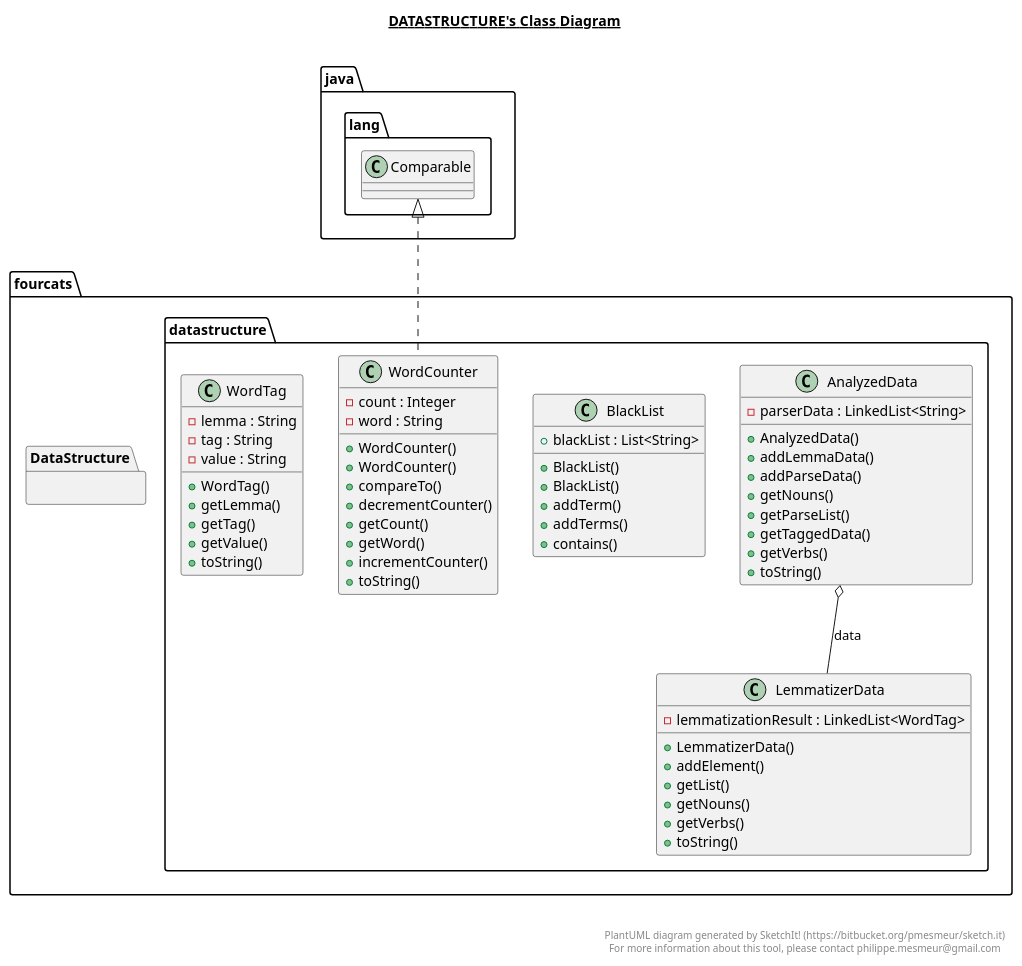
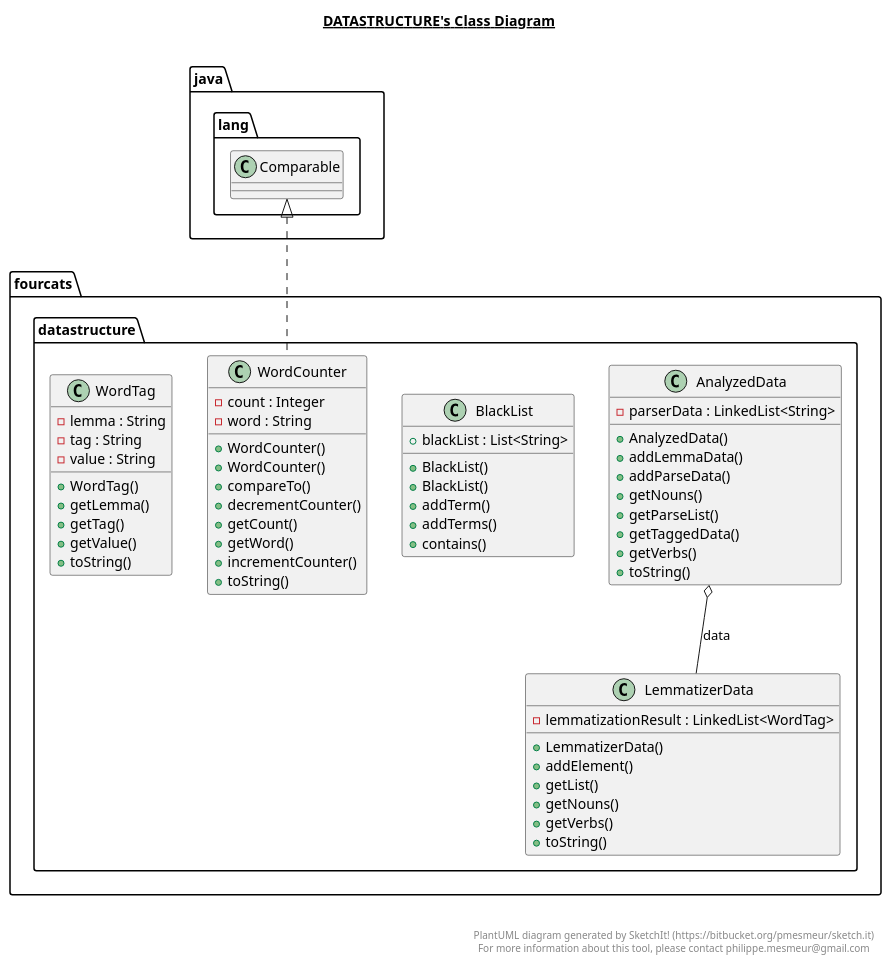
The diagram in NaturalAPI_Design/src/main/java/fourcats/datastructure/DataStructure.plantuml (fourcatsteam/NaturalAPI), drawn with PlantUML before and after one commit. The commit also changed 22 other files, not shown here.

```diff
--- a/NaturalAPI_Design/src/main/java/fourcats/datastructure/DataStructure.plantuml
+++ b/NaturalAPI_Design/src/main/java/fourcats/datastructure/DataStructure.plantuml
@@ -1,96 +1,96 @@
 @startuml
 
 title __DATASTRUCTURE's Class Diagram__\n
 
   namespace fourcats {
-    namespace DataStructure {
+    namespace datastructure {
       class fourcats.datastructure.AnalyzedData {
           - parserData : LinkedList<String>
           + AnalyzedData()
           + addLemmaData()
           + addParseData()
           + getNouns()
           + getParseList()
           + getTaggedData()
           + getVerbs()
           + toString()
       }
     }
   }
   
 
   namespace fourcats {
-    namespace DataStructure {
+    namespace datastructure {
       class fourcats.datastructure.BlackList {
           + blackList : List<String>
           + BlackList()
           + BlackList()
           + addTerm()
           + addTerms()
           + contains()
       }
     }
   }
   
 
   namespace fourcats {
-    namespace DataStructure {
+    namespace datastructure {
       class fourcats.datastructure.LemmatizerData {
           - lemmatizationResult : LinkedList<WordTag>
           + LemmatizerData()
           + addElement()
           + getList()
           + getNouns()
           + getVerbs()
           + toString()
       }
     }
   }
   
 
   namespace fourcats {
-    namespace DataStructure {
+    namespace datastructure {
       class fourcats.datastructure.WordCounter {
           - count : Integer
           - word : String
           + WordCounter()
           + WordCounter()
           + compareTo()
           + decrementCounter()
           + getCount()
           + getWord()
           + incrementCounter()
           + toString()
       }
     }
   }
   
 
   namespace fourcats {
-    namespace DataStructure {
+    namespace datastructure {
       class fourcats.datastructure.WordTag {
           - lemma : String
           - tag : String
           - value : String
           + WordTag()
           + getLemma()
           + getTag()
           + getValue()
           + toString()
       }
     }
   }
   
 
   fourcats.datastructure.AnalyzedData o-- fourcats.datastructure.LemmatizerData : data
   fourcats.datastructure.WordCounter .up.|> java.lang.Comparable
 
 
 right footer
 
 
 PlantUML diagram generated by SketchIt! (https://bitbucket.org/pmesmeur/sketch.it)
 For more information about this tool, please contact philippe.mesmeur@gmail.com
 endfooter
 
 @enduml
```
